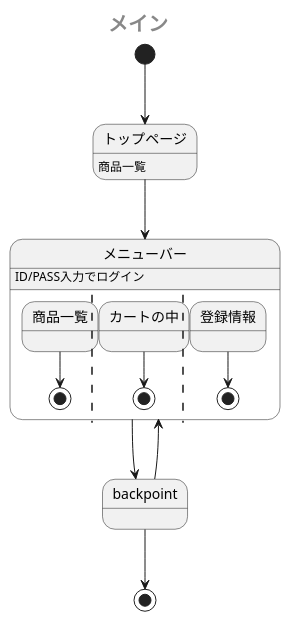
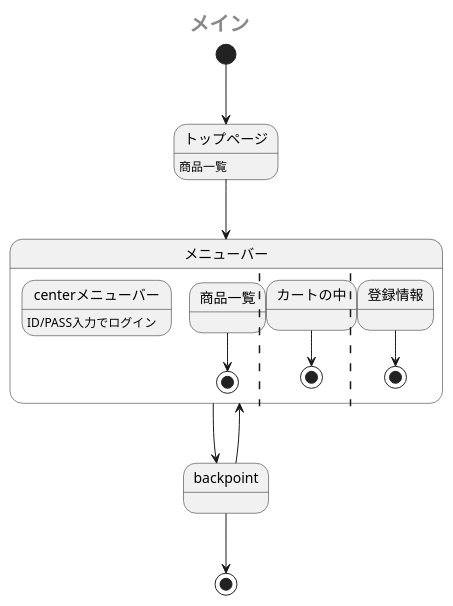
The diagram in sample/StateMachine.md (Aso2001385/2021sys-design), drawn with PlantUML before and after one commit.

````diff
--- a/sample/StateMachine.md
+++ b/sample/StateMachine.md
@@ -1,21 +1,21 @@
 ```uml
 @startuml
-center header <size:20><b>メイン</b></size>
-[*] --> トップページ
-トップページ: 商品一覧
-トップページ --> メニューバー
-state メニューバー {
-メニューバー: ID/PASS入力でログイン
- 商品一覧 --> [*]
- ||
- カートの中 --> [*]
- ||
- 登録情報 --> [*]
+ center header <size:20><b>メイン</b></size>
+ [*] --> トップページ
+ トップページ: 商品一覧
+ トップページ --> メニューバー
+ state メニューバー {
+  centerメニューバー: ID/PASS入力でログイン
+   商品一覧 --> [*]
+   ||
+   カートの中 --> [*]
+   ||
+   登録情報 --> [*]
 
-}
-メニューバー --> backpoint
-backpoint --> メニューバー
-backpoint --> [*]
+ }
+ メニューバー --> backpoint
+ backpoint --> メニューバー
+ backpoint --> [*]
 
 @enduml
 ```
````
